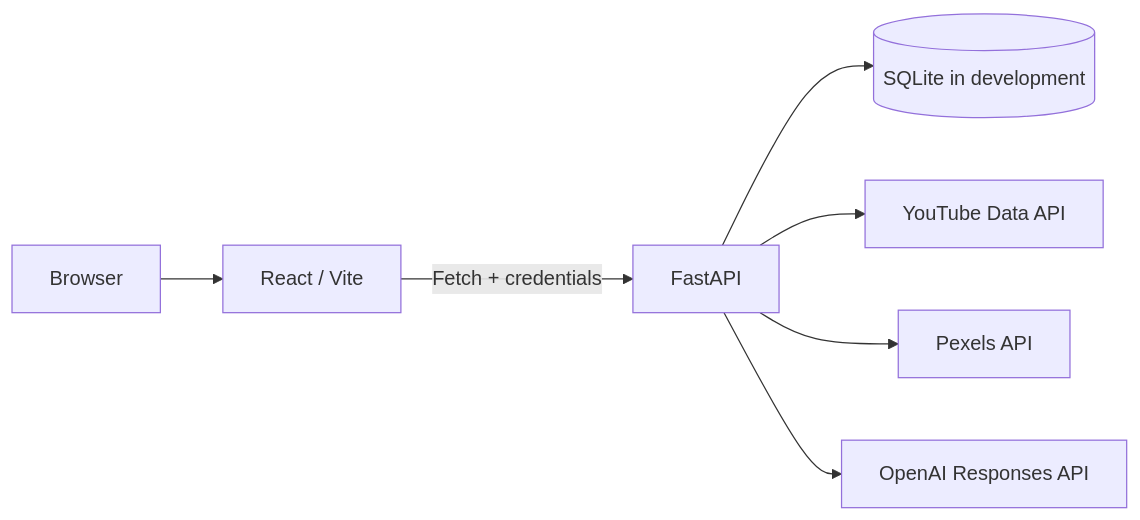
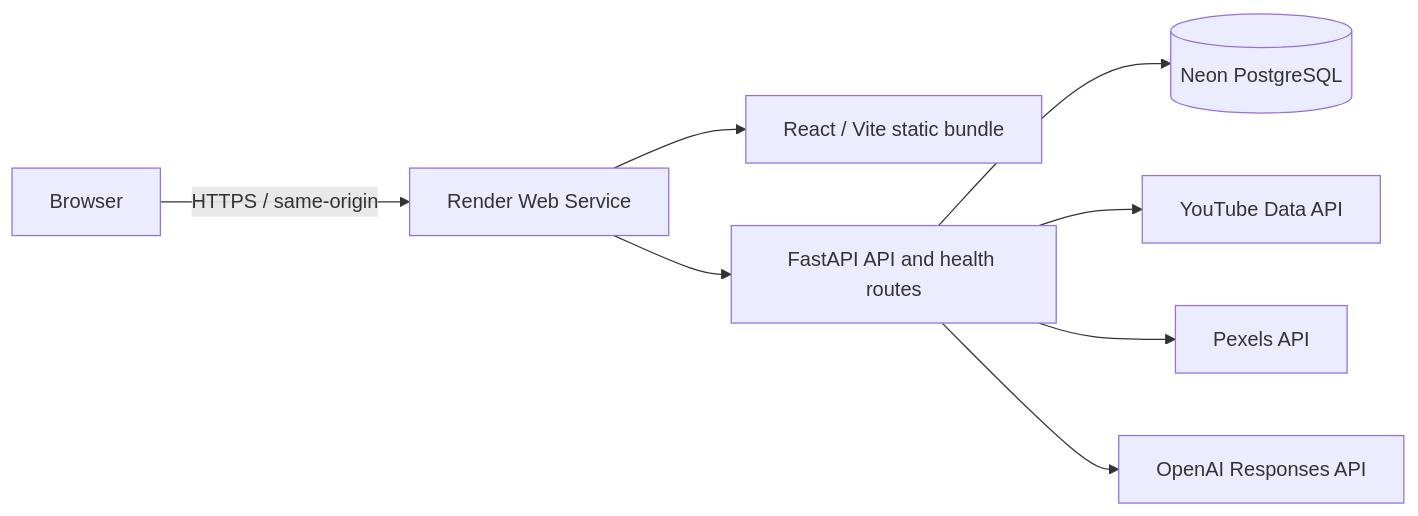
Before and after one commit to Younggeon-1230/EditFlow: the diagram in README.md, drawn with Mermaid. The commit also changed other lines of this file and 1 other file, not shown here.

````diff
--- a/README.md
+++ b/README.md
@@ -152,9 +158,10 @@
 ```mermaid
 flowchart LR
-    B[Browser] --> F[React / Vite]
-    F -->|Fetch + credentials| A[FastAPI]
-    A --> D[(SQLite in development)]
+    B[Browser] -->|HTTPS / same-origin| R[Render Web Service]
+    R --> F[React / Vite static bundle]
+    R --> A[FastAPI API and health routes]
+    A --> D[(Neon PostgreSQL)]
     A --> Y[YouTube Data API]
     A --> P[Pexels API]
     A --> O[OpenAI Responses API]
 ```
````
